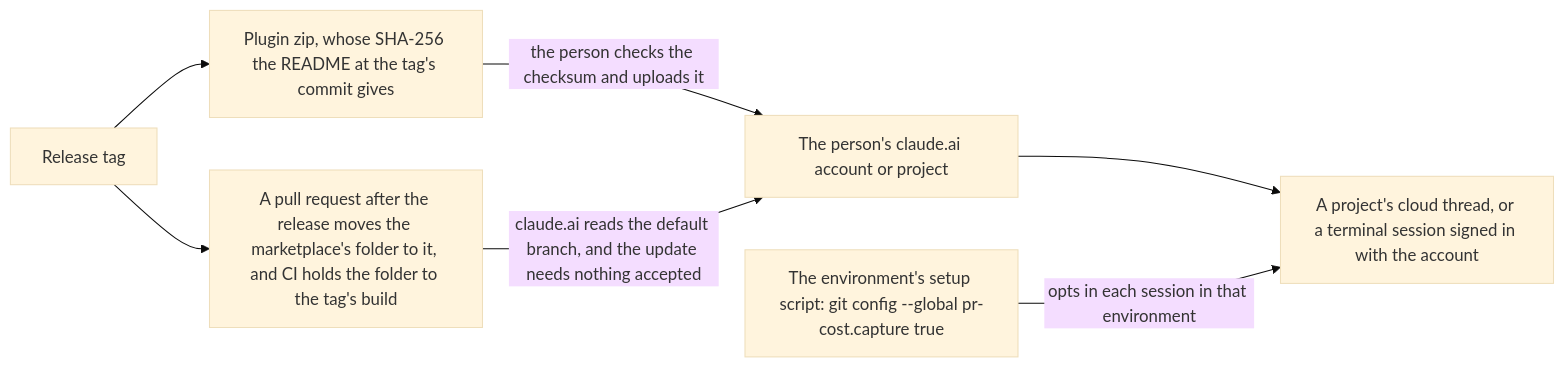
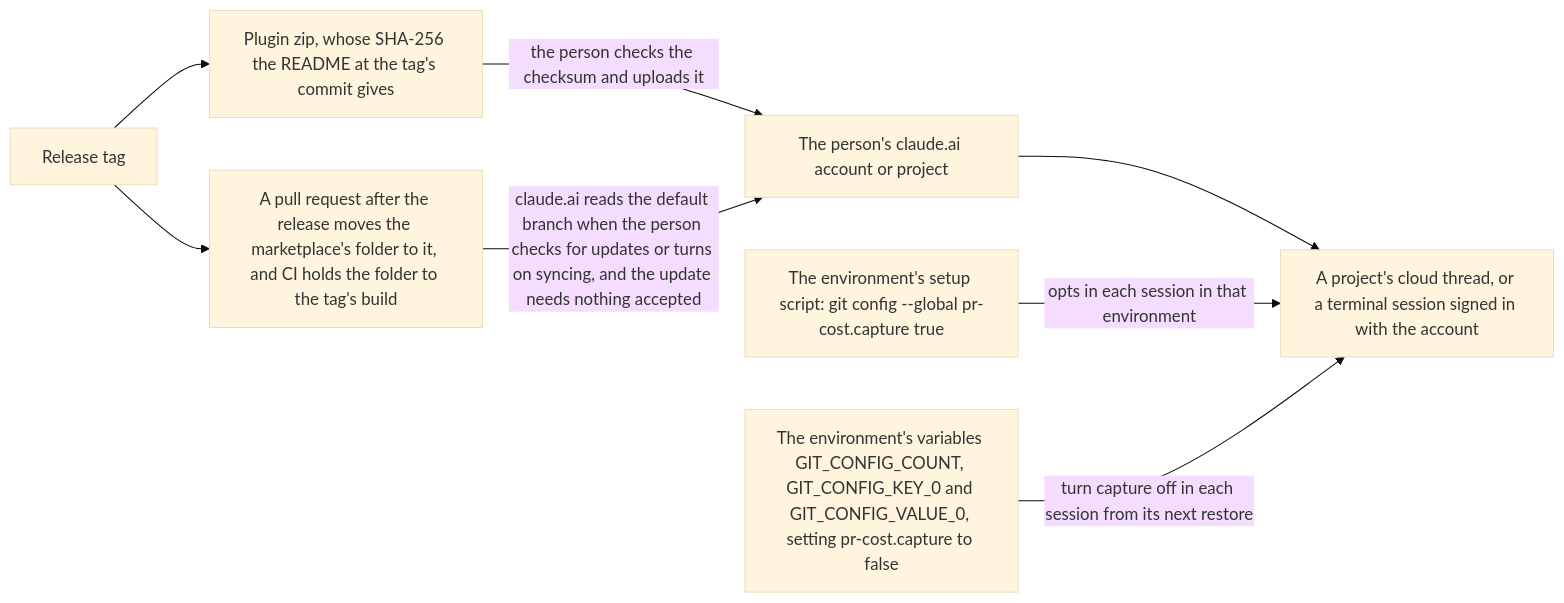
The fourth of 9 diagrams in docs/how-it-works.md (niko-kotiniemi-oss/agentic-pr-cost-calculator), drawn with Mermaid (base theme) before and after one commit. The commit also changed other lines of this file and 38 other files, not shown here.

````diff
--- a/docs/how-it-works.md
+++ b/docs/how-it-works.md
@@ -148,9 +148,10 @@
 ```mermaid
 flowchart LR
   T[Release tag] --> Z[Plugin zip, whose SHA-256 the README at the tag's commit gives]
   T --> F[A pull request after the release moves the marketplace's folder to it, and CI holds the folder to the tag's build]
   Z -->|the person checks the checksum and uploads it| A[The person's claude.ai account or project]
-  F -->|claude.ai reads the default branch, and the update needs nothing accepted| A
+  F -->|claude.ai reads the default branch when the person checks for updates or turns on syncing, and the update needs nothing accepted| A
   A --> S[A project's cloud thread, or a terminal session signed in with the account]
   E[The environment's setup script: git config --global pr-cost.capture true] -->|opts in each session in that environment| S
+  V[The environment's variables GIT_CONFIG_COUNT, GIT_CONFIG_KEY_0 and GIT_CONFIG_VALUE_0, setting pr-cost.capture to false] -->|turn capture off in each session from its next restore| S
 ```
````
